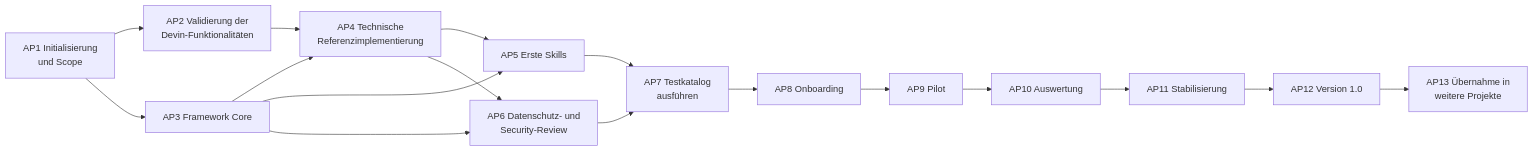
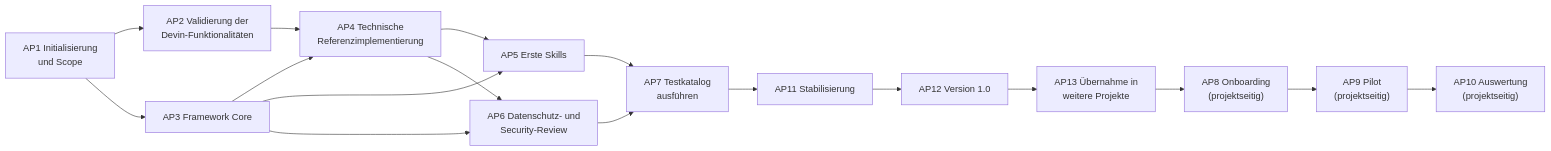
The diagram in devin-core-framework/docs/ROADMAP.md (Renoxar/koolie), drawn with Mermaid before and after one commit. The commit also changed other lines of this file and 157 other files, not shown here.

````diff
--- a/devin-core-framework/docs/ROADMAP.md
+++ b/devin-core-framework/docs/ROADMAP.md
@@ -14,19 +71,19 @@
 ```mermaid
 flowchart LR
     AP1["AP1 Initialisierung<br/>und Scope"] --> AP2["AP2 Validierung der<br/>Devin-Funktionalitäten"]
     AP1 --> AP3["AP3 Framework Core"]
     AP2 --> AP4["AP4 Technische<br/>Referenzimplementierung"]
     AP3 --> AP4
     AP3 --> AP5["AP5 Erste Skills"]
     AP4 --> AP5
     AP3 --> AP6["AP6 Datenschutz- und<br/>Security-Review"]
     AP4 --> AP6
     AP5 --> AP7["AP7 Testkatalog<br/>ausführen"]
     AP6 --> AP7
-    AP7 --> AP8["AP8 Onboarding"]
-    AP8 --> AP9["AP9 Pilot"]
-    AP9 --> AP10["AP10 Auswertung"]
-    AP10 --> AP11["AP11 Stabilisierung"]
+    AP7 --> AP11["AP11 Stabilisierung"]
     AP11 --> AP12["AP12 Version 1.0"]
     AP12 --> AP13["AP13 Übernahme in<br/>weitere Projekte"]
+    AP13 --> AP8["AP8 Onboarding<br/>(projektseitig)"]
+    AP8 --> AP9["AP9 Pilot<br/>(projektseitig)"]
+    AP9 --> AP10["AP10 Auswertung<br/>(projektseitig)"]
 ```
````
